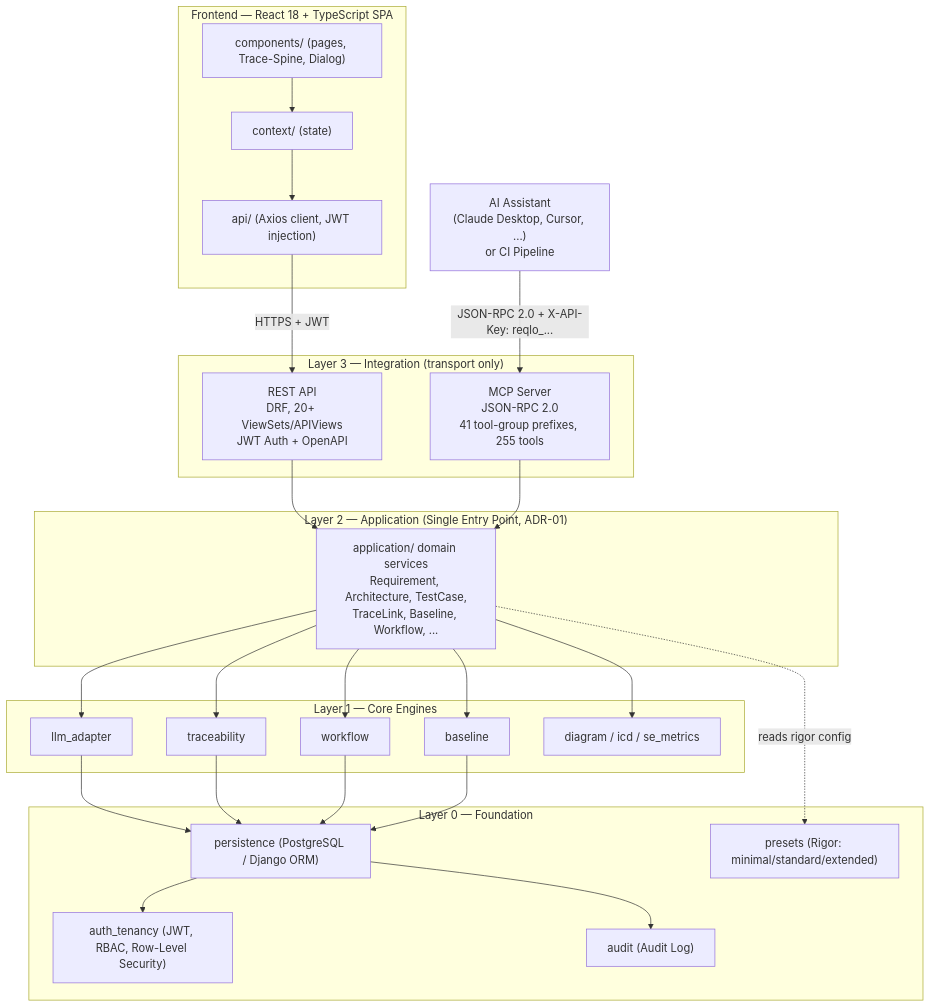
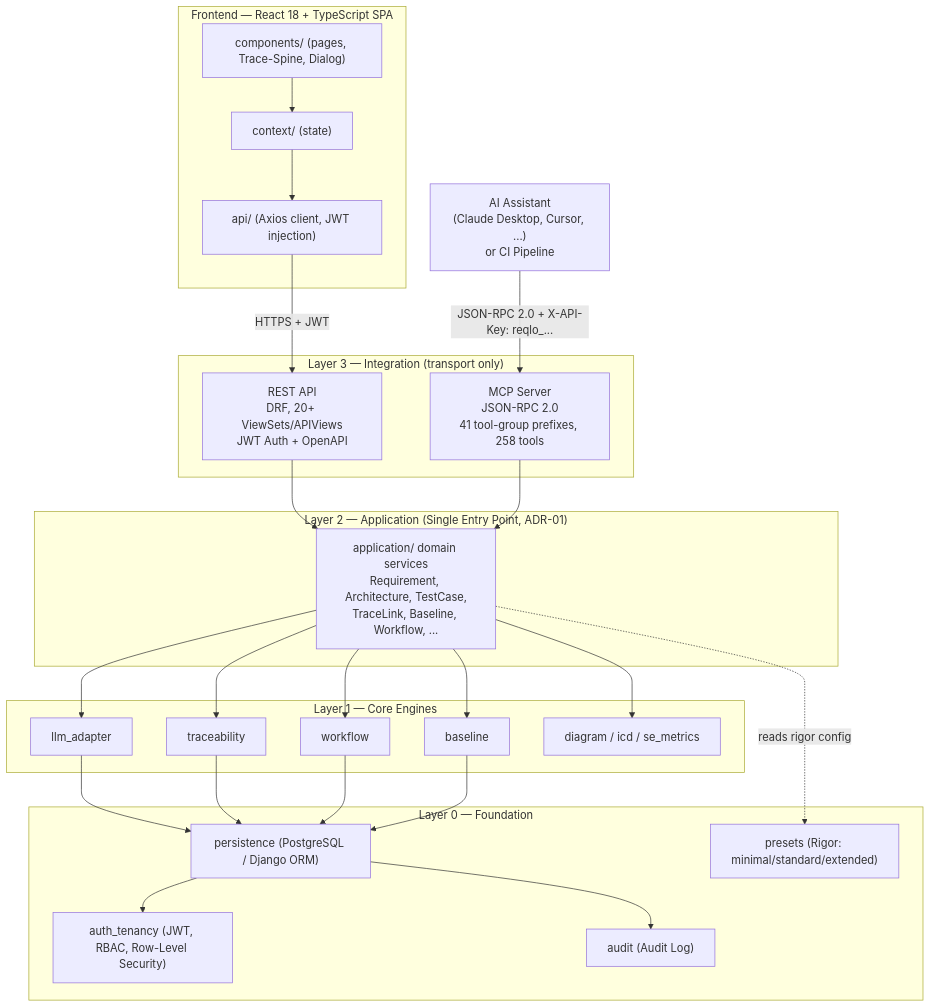
The first of 3 diagrams in README.md (Popoboxxo/ReqogniLoom), drawn with Mermaid before and after one commit. The commit also changed other lines of this file and 18 other files, not shown here.

````diff
--- a/README.md
+++ b/README.md
@@ -101,53 +101,53 @@
 ```mermaid
 graph TD
     subgraph FE["Frontend — React 18 + TypeScript SPA"]
         UI["components/ (pages, Trace-Spine, Dialog)"]
         CTX["context/ (state)"]
         APICLIENT["api/ (Axios client, JWT injection)"]
         UI --> CTX --> APICLIENT
     end
 
     EXT["AI Assistant<br/>(Claude Desktop, Cursor, ...)<br/>or CI Pipeline"]
 
     subgraph L3["Layer 3 — Integration (transport only)"]
         REST["REST API<br/>DRF, 20+ ViewSets/APIViews<br/>JWT Auth + OpenAPI"]
-        MCP["MCP Server<br/>JSON-RPC 2.0<br/>41 tool-group prefixes, 255 tools"]
+        MCP["MCP Server<br/>JSON-RPC 2.0<br/>41 tool-group prefixes, 258 tools"]
     end
 
     subgraph L2["Layer 2 — Application (Single Entry Point, ADR-01)"]
         APP["application/ domain services<br/>Requirement, Architecture, TestCase,<br/>TraceLink, Baseline, Workflow, ..."]
     end
 
     subgraph L1["Layer 1 — Core Engines"]
         LLM["llm_adapter"]
         TRACE["traceability"]
         WF["workflow"]
         BASE["baseline"]
         DIAG["diagram / icd / se_metrics"]
     end
 
     subgraph L0["Layer 0 — Foundation"]
         PERSIST["persistence (PostgreSQL / Django ORM)"]
         AUTH["auth_tenancy (JWT, RBAC, Row-Level Security)"]
         PRESET["presets (Rigor: minimal/standard/extended)"]
         AUDIT["audit (Audit Log)"]
     end
 
     APICLIENT -->|"HTTPS + JWT"| REST
     EXT -->|"JSON-RPC 2.0 + X-API-Key: reqlo_..."| MCP
 
     REST --> APP
     MCP --> APP
     APP --> LLM
     APP --> TRACE
     APP --> WF
     APP --> BASE
     APP --> DIAG
     APP -.->|"reads rigor config"| PRESET
     LLM --> PERSIST
     TRACE --> PERSIST
     WF --> PERSIST
     BASE --> PERSIST
     PERSIST --> AUTH
     PERSIST --> AUDIT
 ```
````
